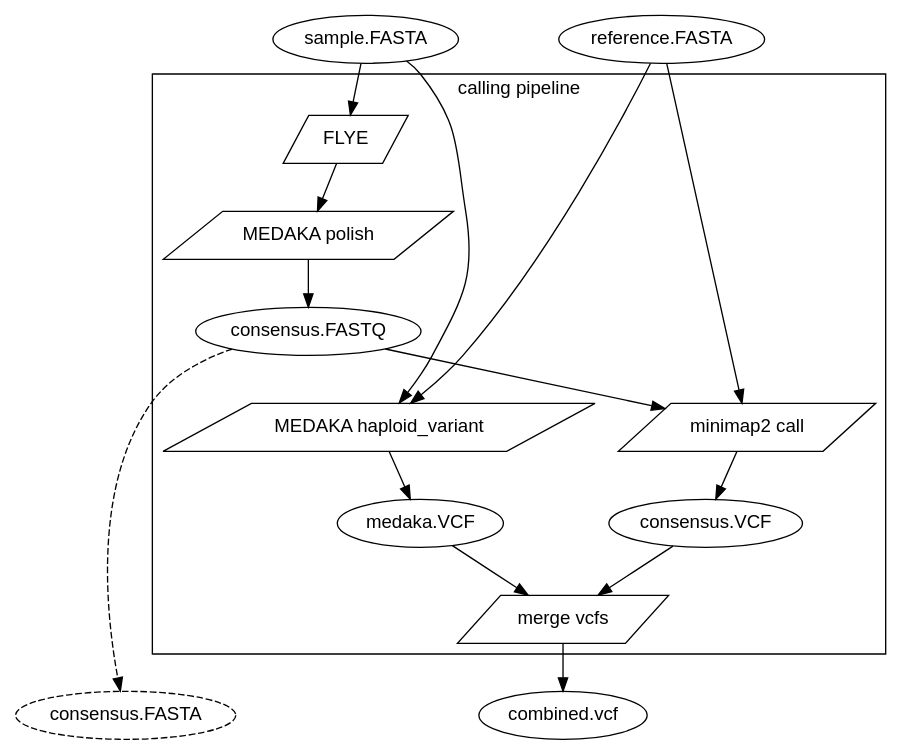
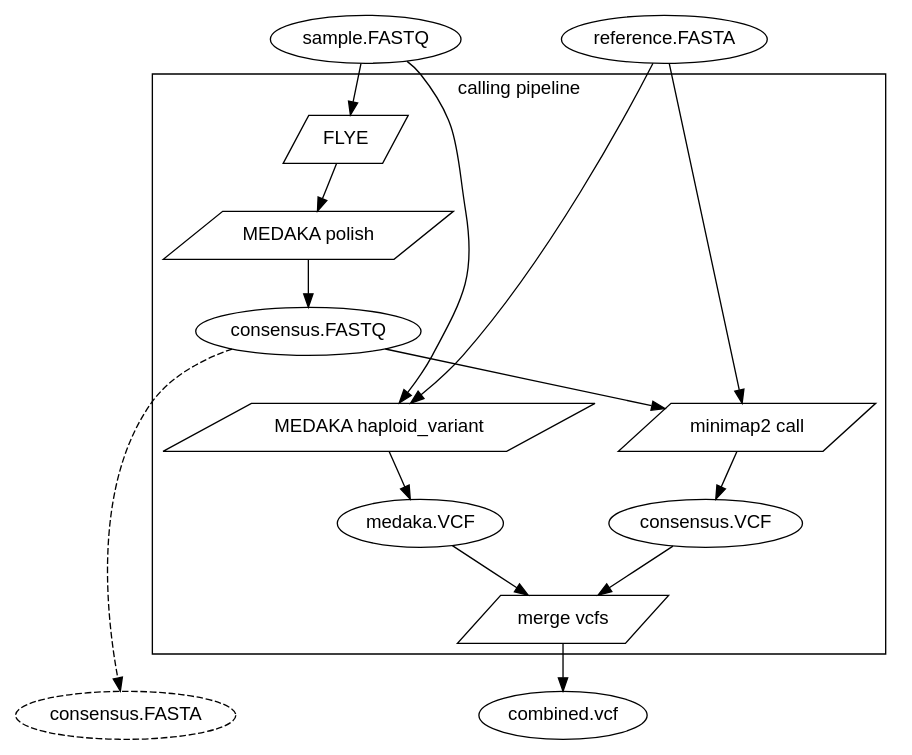
Before and after one commit to BioinfoSupport/nanopore_compare: the diagram in images/flow1.gv, drawn with Graphviz. The commit also changed 4 other files, not shown here.

Commit message:
flowchart names

```diff
--- a/images/flow1.gv
+++ b/images/flow1.gv
@@ -1,44 +1,44 @@
 digraph mygraph {
   fontname="Helvetica,Arial,sans-serif"
   node [fontname="Helvetica,Arial,sans-serif"]
   edge [fontname="Helvetica,Arial,sans-serif"]
   node [shape=parallelogram];
 
   subgraph cluster_1 {
 	label = "calling pipeline";
 
   	"consensus.FASTQ" [shape=ellipse]
  	"medaka.VCF" [shape=ellipse]
   	"consensus.VCF" [shape=ellipse]
 
         "FLYE" -> "MEDAKA polish";
   	"MEDAKA polish" -> "consensus.FASTQ"
   	"MEDAKA haploid_variant" -> "medaka.VCF"
   	"consensus.FASTQ" -> "minimap2 call"
   	"minimap2 call" -> "consensus.VCF"
   	"consensus.VCF" -> "merge vcfs"
   	"medaka.VCF" -> "merge vcfs"
   }
 
   {
     rank = "same";
     node [shape = "ellipse"];
-    "sample.FASTA"
+    "sample.FASTQ"
     "reference.FASTA"
   }
   
   {
     rank = "same";
     node [shape = "ellipse"];
     "consensus.FASTA" [style="dashed"]
     "combined.vcf"
   }
 
   "reference.FASTA" -> "minimap2 call"
   "consensus.FASTQ" -> "consensus.FASTA" [style="dashed"]
-  "sample.FASTA" -> "MEDAKA haploid_variant"
-  "sample.FASTA" -> "FLYE"
+  "sample.FASTQ" -> "MEDAKA haploid_variant"
+  "sample.FASTQ" -> "FLYE"
   "reference.FASTA" -> "MEDAKA haploid_variant"
   "merge vcfs" -> "combined.vcf"
 
 }
```
